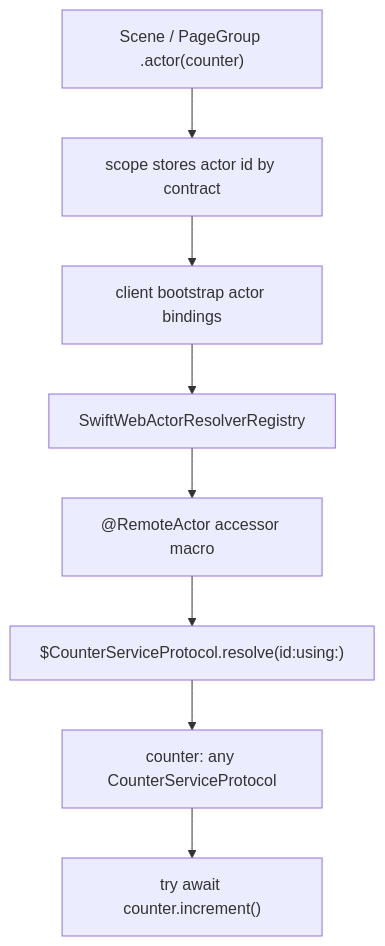
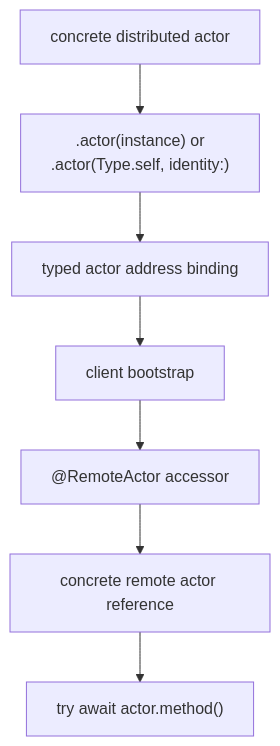
One commit to 1amageek/swift-web changed the first of 2 diagrams in docs/ActorInjectionDesign.md. Above: the diagram before and after it, drawn with Mermaid. The commit also changed other lines of this file and 85 other files, not shown here.

Commit message:
Add typed remote actor service bindings

````diff
--- a/docs/ActorInjectionDesign.md
+++ b/docs/ActorInjectionDesign.md
@@ -17,10 +13,9 @@
 ```mermaid
 flowchart TD
-  A["Scene / PageGroup .actor(counter)"] --> B["scope stores actor id by contract"]
-  B --> C["client bootstrap actor bindings"]
-  C --> D["SwiftWebActorResolverRegistry"]
-  D --> E["@RemoteActor accessor macro"]
-  E --> F["$CounterServiceProtocol.resolve(id:using:)"]
-  F --> G["counter: any CounterServiceProtocol"]
-  G --> H["try await counter.increment()"]
+  Actor["concrete distributed actor"] --> Scene[".actor(instance) or<br/>.actor(Type.self, identity:)"]
+  Scene --> Binding["typed actor address binding"]
+  Binding --> Bootstrap["client bootstrap"]
+  Bootstrap --> Macro["@RemoteActor accessor"]
+  Macro --> Reference["concrete remote actor reference"]
+  Reference --> Call["try await actor.method()"]
 ```
````
